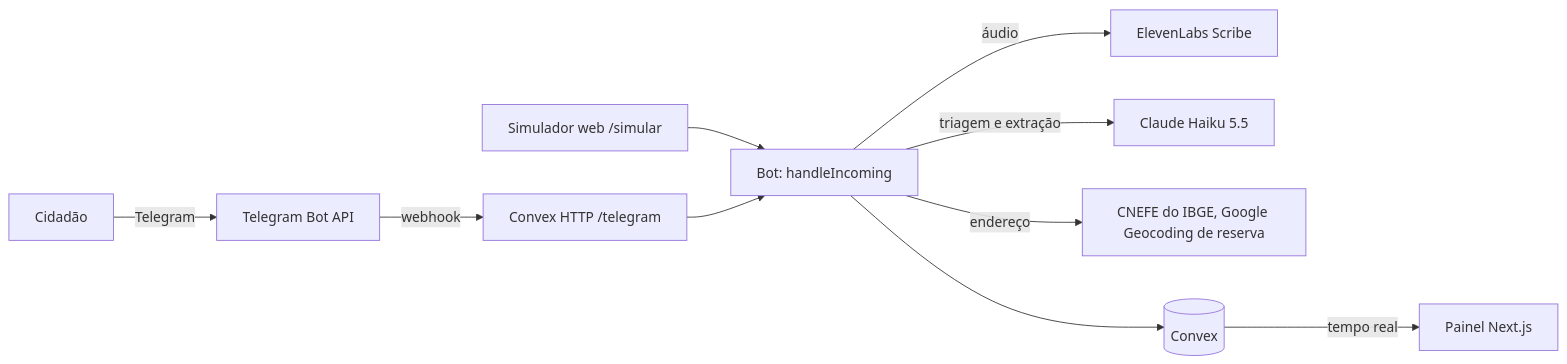
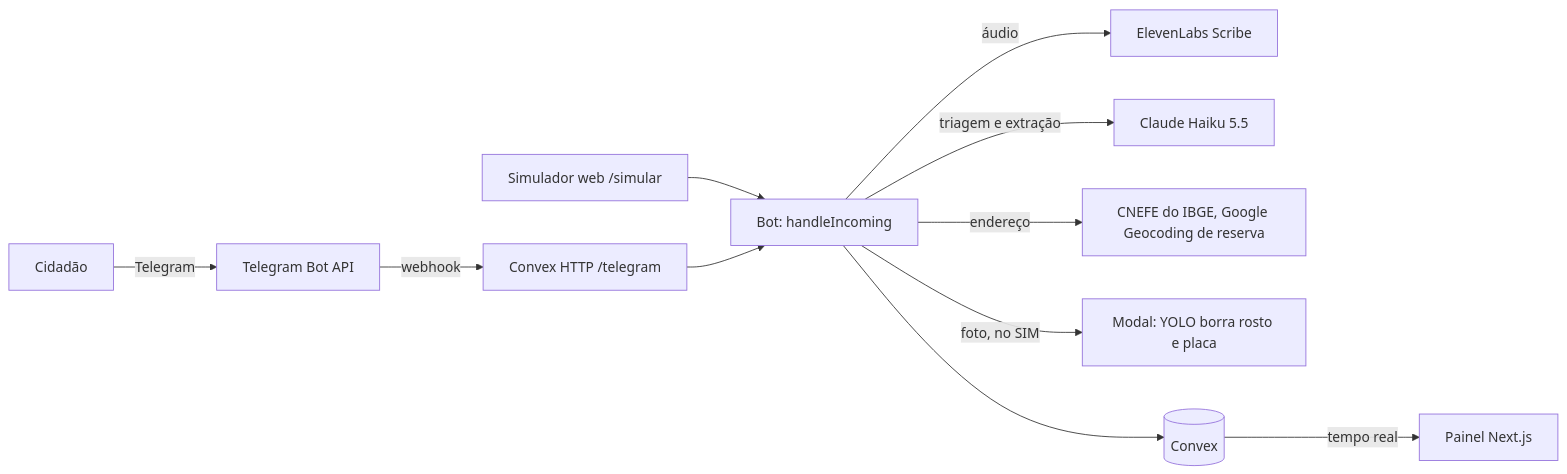
One commit to jonathangaldino/fiscaliz.ai changed the diagram in README.md. Above: the diagram before and after it, drawn with Mermaid. The commit also changed other lines of this file and 4 other files, not shown here.

````diff
--- a/README.md
+++ b/README.md
@@ -40,12 +40,13 @@
 ```mermaid
 flowchart LR
   C[Cidadão] -- Telegram --> M[Telegram Bot API]
   M -- webhook --> H[Convex HTTP /telegram]
   S[Simulador web /simular] --> Q
   H --> Q[Bot: handleIncoming]
   Q -- áudio --> E[ElevenLabs Scribe]
   Q -- triagem e extração --> A[Claude Haiku 5.5]
   Q -- endereço --> G[CNEFE do IBGE, Google Geocoding de reserva]
+  Q -- foto, no SIM --> B[Modal: YOLO borra rosto e placa]
   Q --> DB[(Convex)]
   DB -- tempo real --> P[Painel Next.js]
 ```
````
